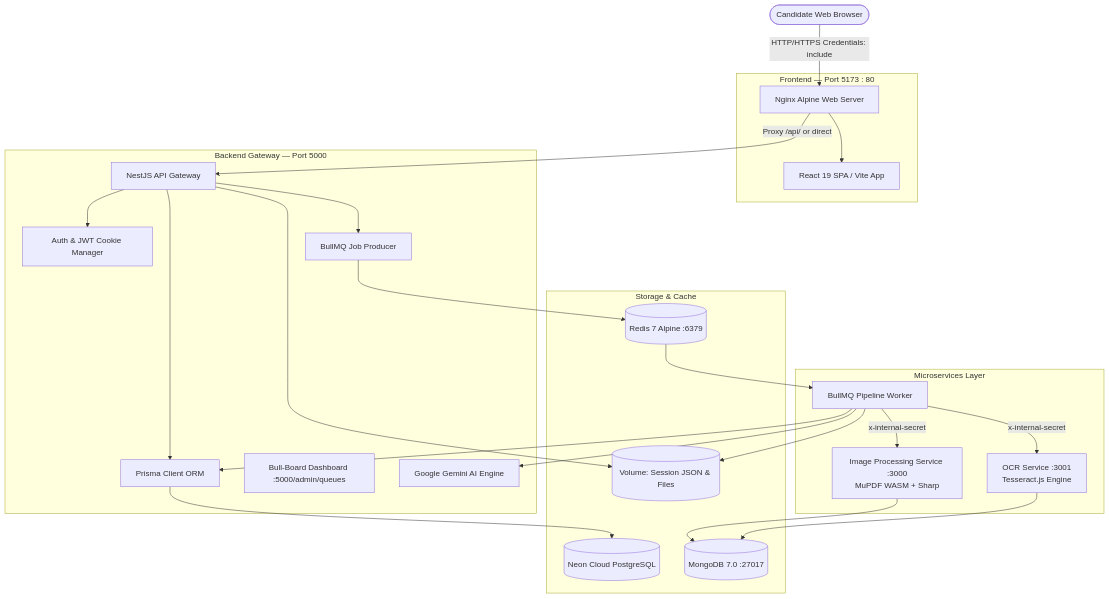
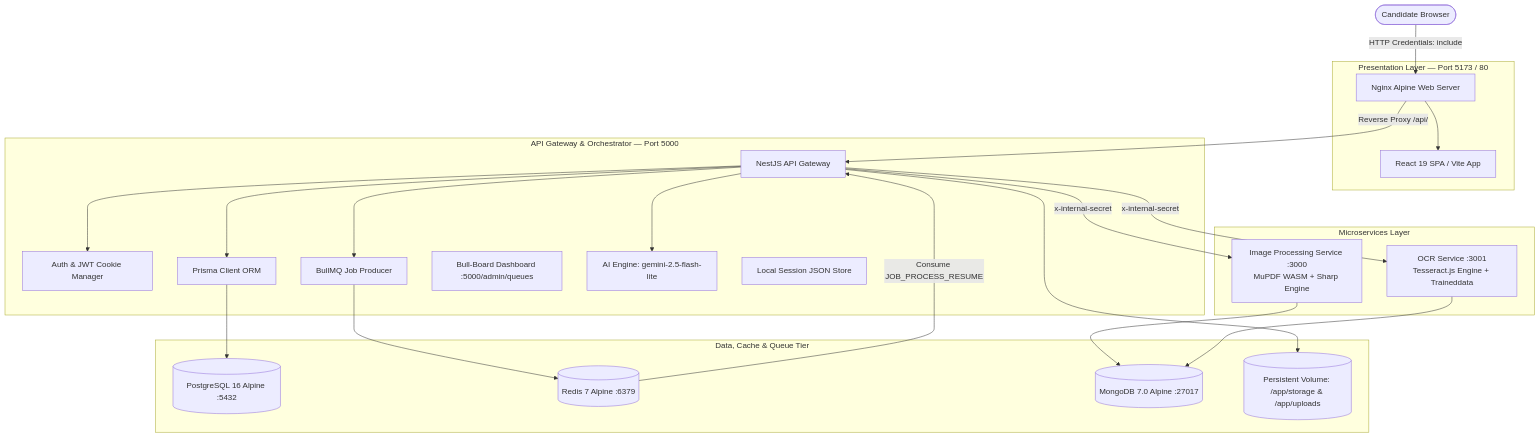
The first of 5 diagrams in README.md (vermavikku/mock-interviewer), drawn with Mermaid before and after one commit. The commit also changed other lines of this file and 57 other files, not shown here.

````diff
--- a/README.md
+++ b/README.md
@@ -24,49 +51,47 @@
 ```mermaid
 flowchart TB
-    Candidate([Candidate Web Browser])
-    
-    subgraph Frontend Layer [Frontend — Port 5173 : 80]
+    User([Candidate Browser])
+
+    subgraph Presentation Layer [Presentation Layer — Port 5173 / 80]
         Nginx[Nginx Alpine Web Server]
         SPA[React 19 SPA / Vite App]
         Nginx --> SPA
     end
 
-    subgraph Gateway Layer [Backend Gateway — Port 5000]
+    subgraph Gateway Layer [API Gateway & Orchestrator — Port 5000]
         NestAPI[NestJS API Gateway]
         AuthMod[Auth & JWT Cookie Manager]
         PrismaORM[Prisma Client ORM]
         QueueProd[BullMQ Job Producer]
         BullBoard[Bull-Board Dashboard :5000/admin/queues]
-        AiGen[Google Gemini AI Engine]
+        AiGen[AI Engine: gemini-2.5-flash-lite]
+        SessionStore[Local Session JSON Store]
     end
 
-    subgraph Storage & Cache
-        Postgres[(Neon Cloud PostgreSQL)]
-        Redis[(Redis 7 Alpine :6379)]
-        Mongo[(MongoDB 7.0 :27017)]
-        LocalVol[(Volume: Session JSON & Files)]
+    subgraph Microservices Layer [Microservices Layer]
+        ImageProc[Image Processing Service :3000<br/>MuPDF WASM + Sharp Engine]
+        OCRService[OCR Service :3001<br/>Tesseract.js Engine + Traineddata]
     end
 
-    subgraph Microservices Layer
-        Worker[BullMQ Pipeline Worker]
-        ImageProc[Image Processing Service :3000<br/>MuPDF WASM + Sharp]
-        OCRService[OCR Service :3001<br/>Tesseract.js Engine]
+    subgraph Data & Queue Tier [Data, Cache & Queue Tier]
+        Postgres[(PostgreSQL 16 Alpine :5432)]
+        Redis[(Redis 7 Alpine :6379)]
+        Mongo[(MongoDB 7.0 Alpine :27017)]
+        DiskStorage[(Persistent Volume: /app/storage & /app/uploads)]
     end
 
-    Candidate -->|HTTP/HTTPS Credentials: include| Nginx
-    Nginx -->|Proxy /api/ or direct| NestAPI
+    User -->|HTTP Credentials: include| Nginx
+    Nginx -->|Reverse Proxy /api/| NestAPI
     
     NestAPI --> AuthMod
     NestAPI --> PrismaORM --> Postgres
-    NestAPI --> LocalVol
+    NestAPI --> DiskStorage
     NestAPI --> QueueProd --> Redis
     
-    Redis --> Worker
-    Worker -->|x-internal-secret| ImageProc
-    Worker -->|x-internal-secret| OCRService
+    Redis -->|Consume JOB_PROCESS_RESUME| NestAPI
+    NestAPI -->|x-internal-secret| ImageProc
+    NestAPI -->|x-internal-secret| OCRService
     ImageProc --> Mongo
     OCRService --> Mongo
-    Worker --> AiGen
-    Worker --> LocalVol
-    Worker --> PrismaORM
+    NestAPI --> AiGen
 ```
````
